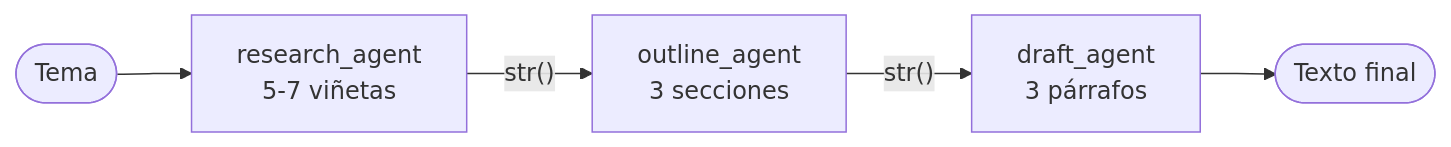
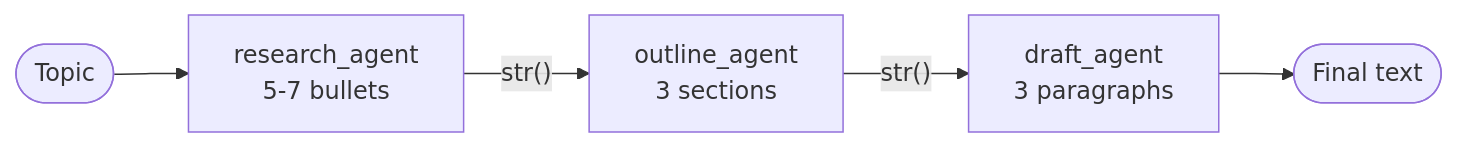
One commit to eider404/agent-architectures changed the diagram in strands-agents/03-sequential-pipeline/README.md. Above: the diagram before and after it, drawn with Mermaid. The commit also changed other lines of this file and 13 other files, not shown here.

````diff
--- a/strands-agents/03-sequential-pipeline/README.md
+++ b/strands-agents/03-sequential-pipeline/README.md
@@ -12,7 +12,7 @@
 ```mermaid
 flowchart LR
-    U(["Tema"]) --> R["research_agent<br/>5-7 viñetas"]
-    R -->|"str()"| O["outline_agent<br/>3 secciones"]
-    O -->|"str()"| D["draft_agent<br/>3 párrafos"]
-    D --> T(["Texto final"])
+    U(["Topic"]) --> R["research_agent<br/>5-7 bullets"]
+    R -->|"str()"| O["outline_agent<br/>3 sections"]
+    O -->|"str()"| D["draft_agent<br/>3 paragraphs"]
+    D --> T(["Final text"])
 ```
````
